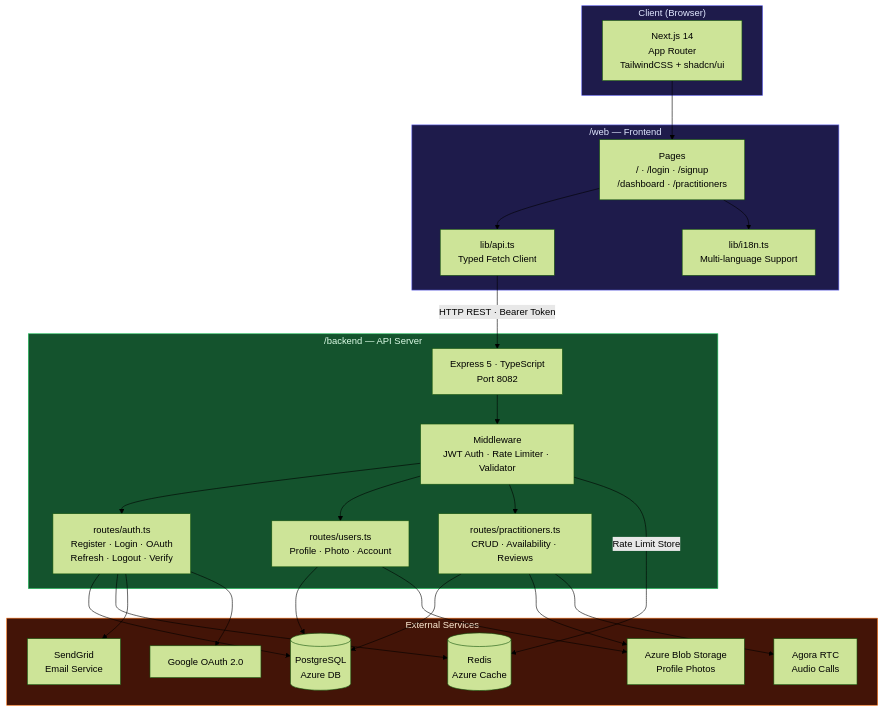
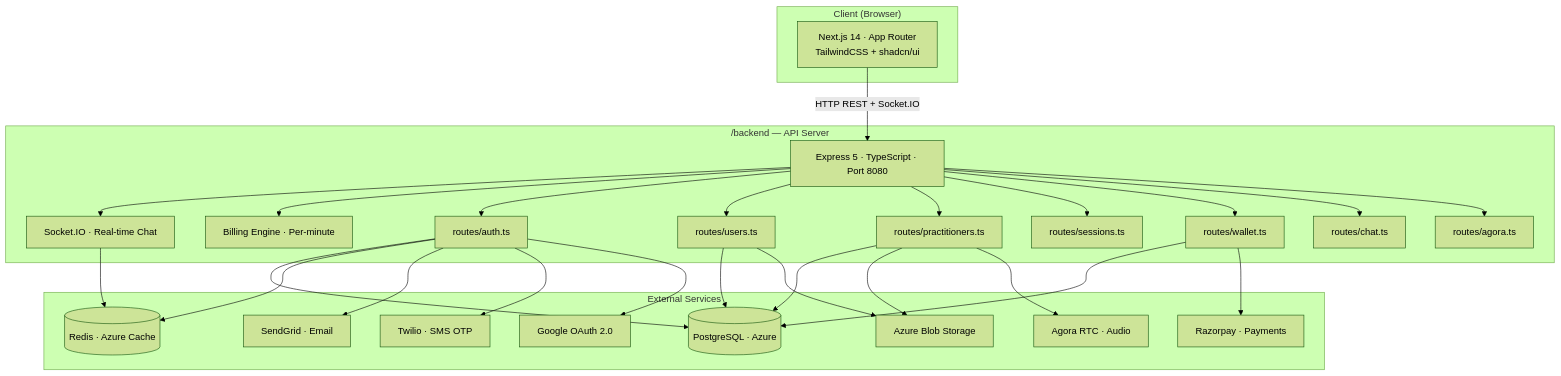
Before and after one commit to DeepakdevilB/Heal_Connect: the first of 2 diagrams in README.md, drawn with Mermaid (forest theme). The commit also changed other lines of this file and 4 other files, not shown here.

````diff
--- a/README.md
+++ b/README.md
@@ -165,52 +117,41 @@
 ```mermaid
 graph TB
     subgraph Client["Client (Browser)"]
-        style Client fill:#1e1b4b,stroke:#6366f1,color:#e0e7ff
-        WEB["Next.js 14\nApp Router\nTailwindCSS + shadcn/ui"]
-    end
-
-    subgraph Frontend["/web — Frontend"]
-        style Frontend fill:#1e1b4b,stroke:#6366f1,color:#e0e7ff
-        PAGES["Pages\n/ · /login · /signup\n/dashboard · /practitioners"]
-        APICLIENT["lib/api.ts\nTyped Fetch Client"]
-        I18N["lib/i18n.ts\nMulti-language Support"]
+        WEB["Next.js 14 · App Router\nTailwindCSS + shadcn/ui"]
     end
 
     subgraph Backend["/backend — API Server"]
-        style Backend fill:#14532d,stroke:#22c55e,color:#dcfce7
-        EXPRESS["Express 5 · TypeScript\nPort 8082"]
-        AUTH["routes/auth.ts\nRegister · Login · OAuth\nRefresh · Logout · Verify"]
-        USERS["routes/users.ts\nProfile · Photo · Account"]
-        PRACTITIONERS["routes/practitioners.ts\nCRUD · Availability · Reviews"]
-        MW["Middleware\nJWT Auth · Rate Limiter · Validator"]
+        EXPRESS["Express 5 · TypeScript · Port 8080"]
+        SOCKET["Socket.IO · Real-time Chat"]
+        BILLING["Billing Engine · Per-minute"]
+        AUTH["routes/auth.ts"]
+        USERS["routes/users.ts"]
+        PRACTITIONERS["routes/practitioners.ts"]
+        SESSIONS["routes/sessions.ts"]
+        WALLET["routes/wallet.ts"]
+        CHAT["routes/chat.ts"]
+        AGORA["routes/agora.ts"]
     end
 
     subgraph Services["External Services"]
-        style Services fill:#431407,stroke:#f97316,color:#ffedd5
-        PG[("PostgreSQL\nAzure DB")]
-        REDIS[("Redis\nAzure Cache")]
-        AZURE["Azure Blob Storage\nProfile Photos"]
-        SENDGRID["SendGrid\nEmail Service"]
+        PG[("PostgreSQL · Azure")]
+        REDIS[("Redis · Azure Cache")]
+        AZURE["Azure Blob Storage"]
+        SENDGRID["SendGrid · Email"]
+        TWILIO["Twilio · SMS OTP"]
         GOOGLE["Google OAuth 2.0"]
-        AGORA["Agora RTC\nAudio Calls"]
+        AGORASVC["Agora RTC · Audio"]
+        RAZORPAY["Razorpay · Payments"]
     end
 
-    WEB --> PAGES
-    PAGES --> APICLIENT
-    PAGES --> I18N
-    APICLIENT -->|"HTTP REST · Bearer Token"| EXPRESS
-    EXPRESS --> MW
-    MW --> AUTH
-    MW --> USERS
-    MW --> PRACTITIONERS
-    AUTH --> PG
-    AUTH --> REDIS
-    AUTH --> SENDGRID
-    AUTH --> GOOGLE
-    USERS --> PG
-    USERS --> AZURE
-    PRACTITIONERS --> PG
-    PRACTITIONERS --> AZURE
-    PRACTITIONERS --> AGORA
-    MW -->|"Rate Limit Store"| REDIS
+    WEB -->|"HTTP REST + Socket.IO"| EXPRESS
+    EXPRESS --> SOCKET
+    EXPRESS --> BILLING
+    EXPRESS --> AUTH & USERS & PRACTITIONERS
+    EXPRESS --> SESSIONS & WALLET & CHAT & AGORA
+    AUTH --> PG & REDIS & SENDGRID & TWILIO & GOOGLE
+    USERS --> PG & AZURE
+    PRACTITIONERS --> PG & AZURE & AGORASVC
+    WALLET --> PG & RAZORPAY
+    SOCKET --> REDIS
 ```
````
